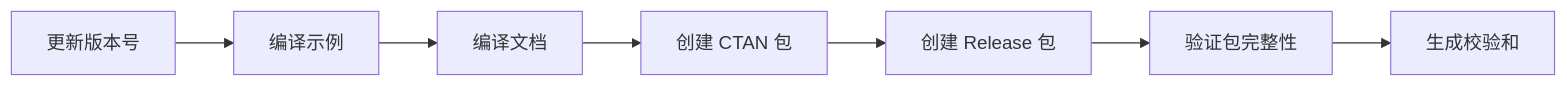
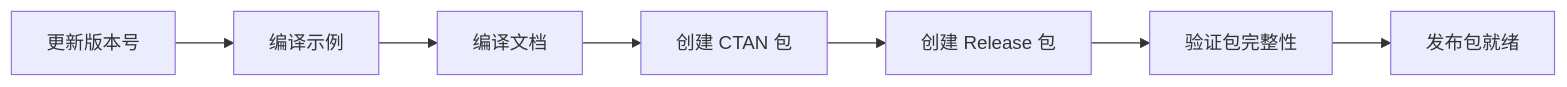
One commit to xkwxdyy/exam-zh changed the diagram in scripts/README.md. Above: the diagram before and after it, drawn with Mermaid. The commit also changed other lines of this file and 11 other files, not shown here.

````diff
--- a/scripts/README.md
+++ b/scripts/README.md
@@ -125,9 +127,9 @@
 ```mermaid
 graph LR
     A[更新版本号] --> B[编译示例]
     B --> C[编译文档]
     C --> D[创建 CTAN 包]
     D --> E[创建 Release 包]
     E --> F[验证包完整性]
-    F --> G[生成校验和]
+    F --> G[发布包就绪]
 ```
````
